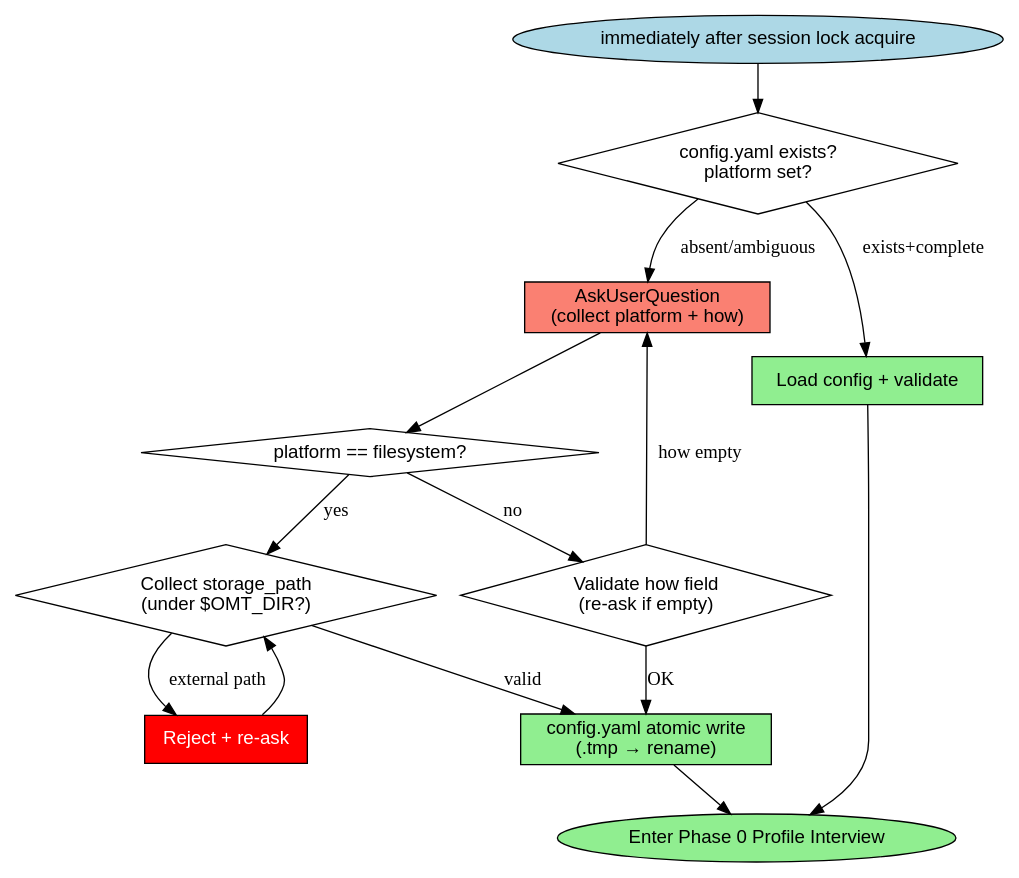
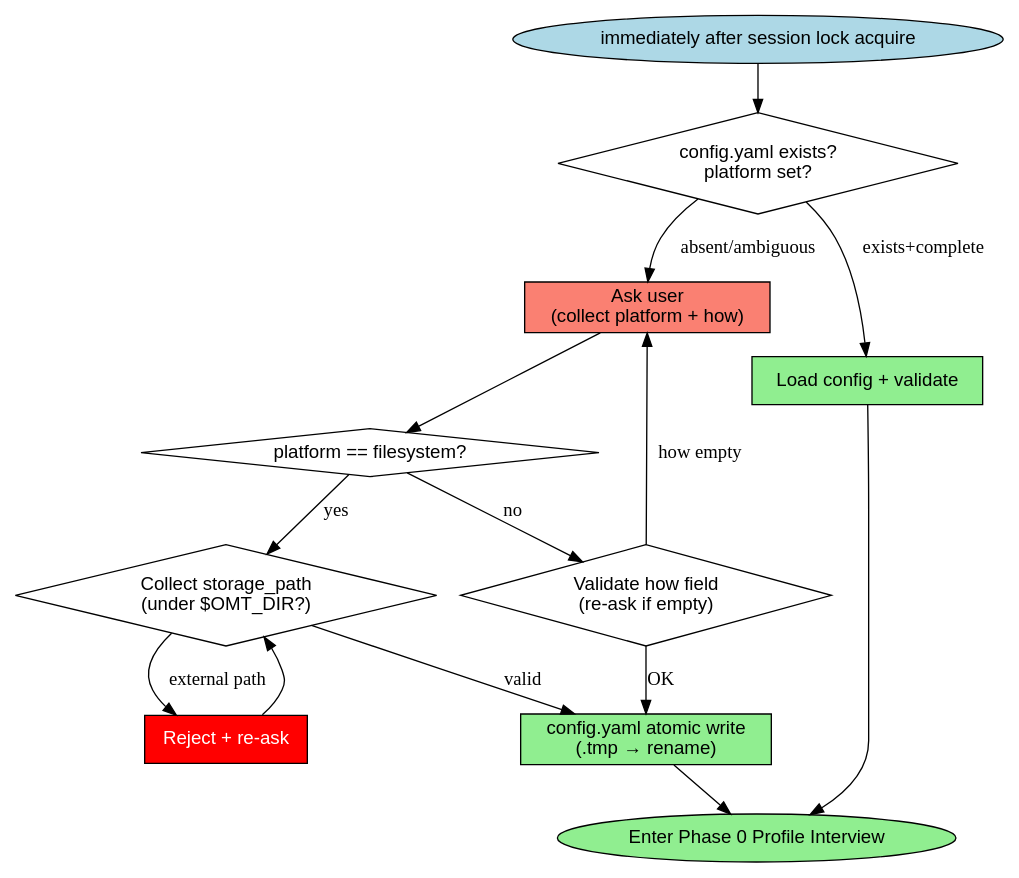
The second of 2 diagrams in skills/collect-jd/reference/bootstrap.md (toongri/oh-my-toong-playground), drawn with Graphviz before and after one commit. The commit also changed other lines of this file and 5 other files, not shown here.

First line of the commit message:
refactor: collect-jd에서 AskUserQuestion 표현 제거

````diff
--- a/skills/collect-jd/reference/bootstrap.md
+++ b/skills/collect-jd/reference/bootstrap.md
@@ -113,31 +113,31 @@
 ```dot
 digraph storage_backend_interview {
   rankdir=TB;
   node [shape=box, fontname="Helvetica"];
 
   start [label="immediately after session lock acquire", shape=ellipse, style=filled, fillcolor=lightblue];
   check [label="config.yaml exists?\nplatform set?", shape=diamond];
-  ask [label="AskUserQuestion\n(collect platform + how)", style=filled, fillcolor=salmon];
+  ask [label="Ask user\n(collect platform + how)", style=filled, fillcolor=salmon];
   is_filesystem [label="platform == filesystem?", shape=diamond];
   ask_path [label="Collect storage_path\n(under $OMT_DIR?)", shape=diamond];
   reject_path [label="Reject + re-ask", style=filled, fillcolor=red, fontcolor=white];
   validate_how [label="Validate how field\n(re-ask if empty)", shape=diamond];
   write_config [label="config.yaml atomic write\n(.tmp → rename)", style=filled, fillcolor=lightgreen];
   load_config [label="Load config + validate", style=filled, fillcolor=lightgreen];
   proceed [label="Enter Phase 0 Profile Interview", shape=ellipse, style=filled, fillcolor=lightgreen];
 
   start -> check;
   check -> ask [label="absent/ambiguous"];
   check -> load_config [label="exists+complete"];
   ask -> is_filesystem;
   is_filesystem -> ask_path [label="yes"];
   is_filesystem -> validate_how [label="no"];
   ask_path -> write_config [label="valid"];
   ask_path -> reject_path [label="external path"];
   reject_path -> ask_path;
   validate_how -> write_config [label="OK"];
   validate_how -> ask [label="how empty"];
   write_config -> proceed;
   load_config -> proceed;
 }
 ```
````
